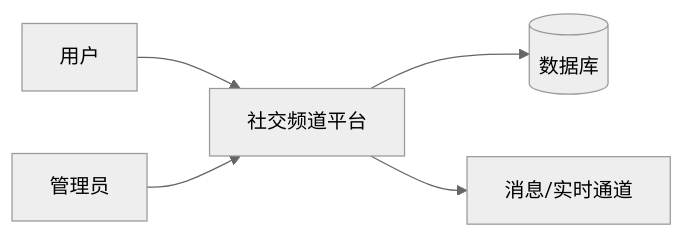
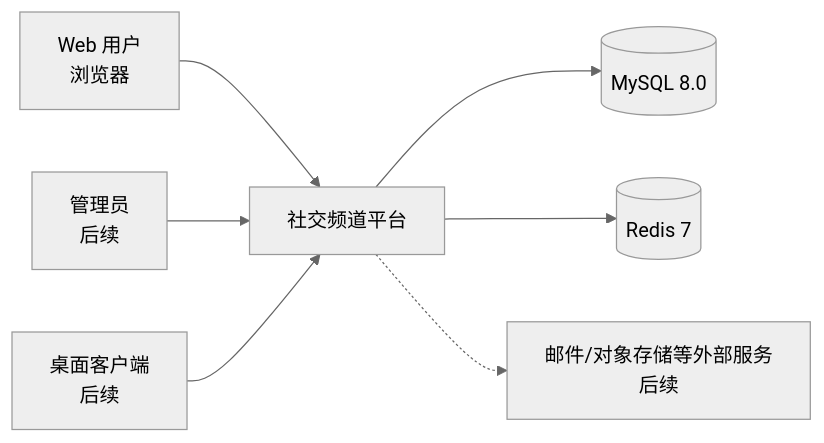
One commit to MistalCry/Isles changed the first of 7 diagrams in docs/02-架构设计.md. Above: the diagram before and after it, drawn with Mermaid (neutral theme). The commit also changed other lines of this file and 9 other files, not shown here.

````diff
--- a/docs/02-架构设计.md
+++ b/docs/02-架构设计.md
@@ -45,7 +48,9 @@
 ```mermaid
-graph LR
-  U[用户] --> S[社交频道平台]
-  A[管理员] --> S
-  S --> D[(数据库)]
-  S --> M[消息/实时通道]
+flowchart LR
+  U[Web 用户<br/>浏览器] --> S[社交频道平台]
+  A[管理员<br/>后续] --> S
+  D[桌面客户端<br/>后续] --> S
+  S --> M[(MySQL 8.0)]
+  S --> R[(Redis 7)]
+  S -.-> E[邮件/对象存储等外部服务<br/>后续]
 ```
````
